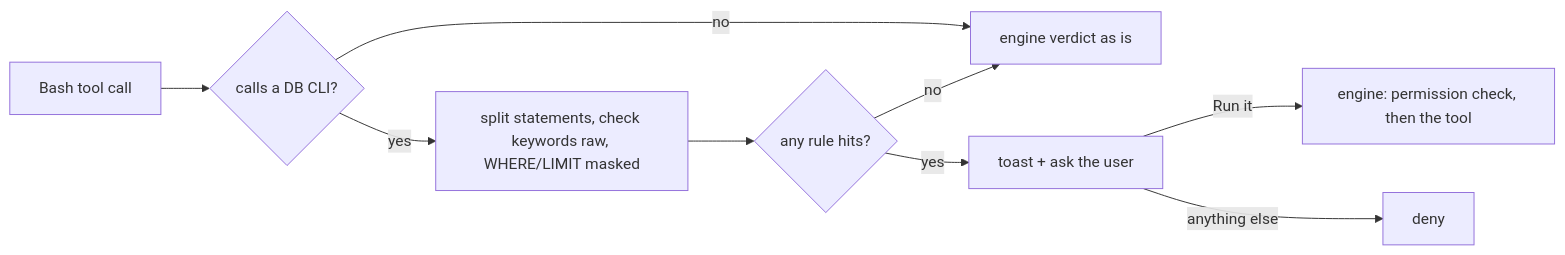
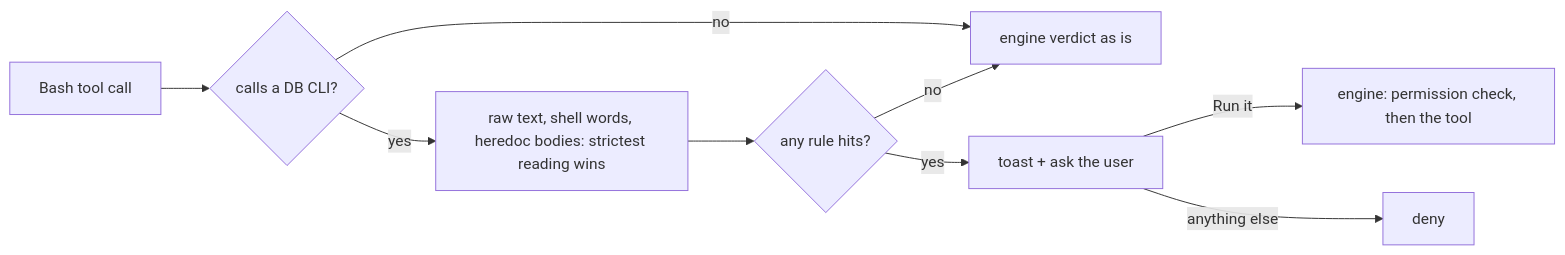
One commit to nu0ma/query-guard changed the diagram in README.md. Above: the diagram before and after it, drawn with Mermaid. The commit also changed other lines of this file and 4 other files, not shown here.

Commit message:
fix: close shell-level guard bypasses and check every reading of the command (0.2.2)

````diff
--- a/README.md
+++ b/README.md
@@ -89,11 +94,11 @@
 ```mermaid
 flowchart LR
   B[Bash tool call] --> C{calls a DB CLI?}
   C -- no --> V[engine verdict as is]
-  C -- yes --> P[split statements, check keywords raw, WHERE/LIMIT masked]
+  C -- yes --> P[raw text, shell words, heredoc bodies: strictest reading wins]
   P --> R{any rule hits?}
   R -- no --> V
   R -- yes --> A[toast + ask the user]
   A -- Run it --> E[engine: permission check, then the tool]
   A -- anything else --> D[deny]
 ```
````
